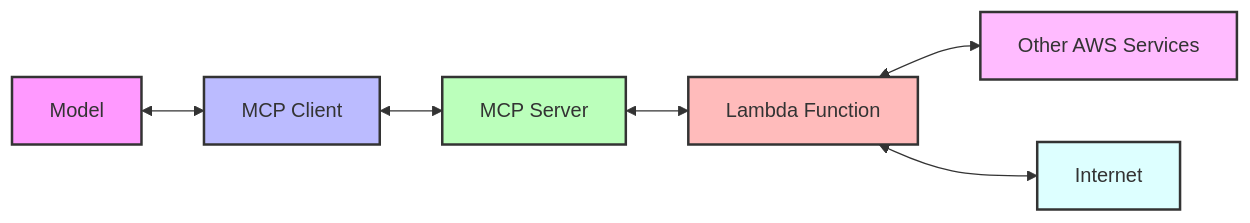
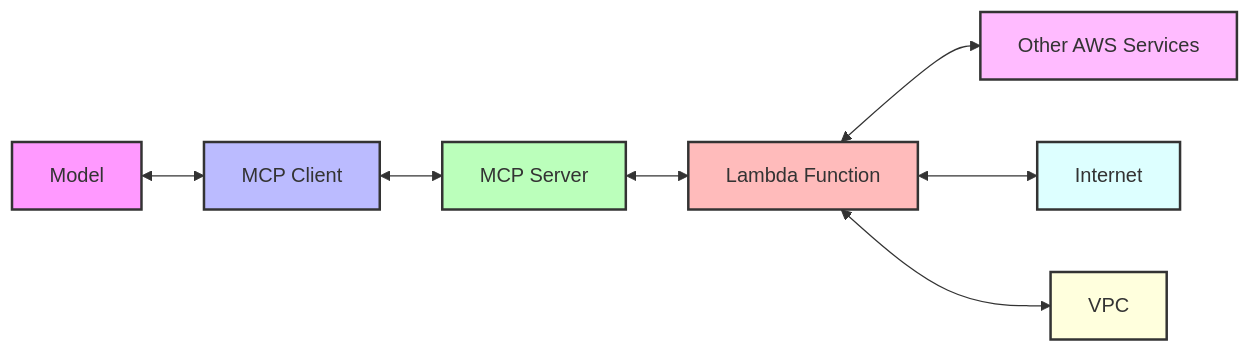
Before and after one commit to danilop/MCP2Lambda: the diagram in README.md, drawn with Mermaid. The commit also changed other lines of this file, not shown here.

Commit message:
Added sample MCP client using Amazon Bedrock with the Converse API.

````diff
--- a/README.md
+++ b/README.md
@@ -5,15 +5,17 @@
 ```mermaid
 graph LR
     A[Model] <--> B[MCP Client]
     B <--> C[MCP Server]
     C <--> D[Lambda Function]
     D <--> E[Other AWS Services]
     D <--> F[Internet]
+    D <--> G[VPC]
     
     style A fill:#f9f,stroke:#333,stroke-width:2px
     style B fill:#bbf,stroke:#333,stroke-width:2px
     style C fill:#bfb,stroke:#333,stroke-width:2px
     style D fill:#fbb,stroke:#333,stroke-width:2px
     style E fill:#fbf,stroke:#333,stroke-width:2px
     style F fill:#dff,stroke:#333,stroke-width:2px
+    style G fill:#ffd,stroke:#333,stroke-width:2px
 ```
````
